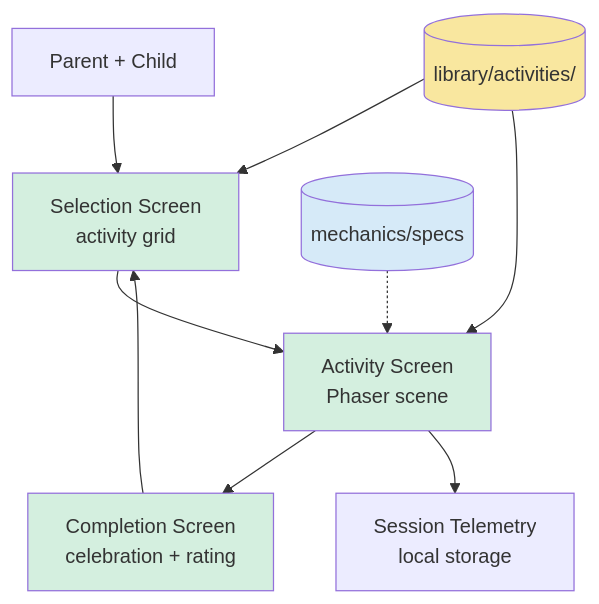
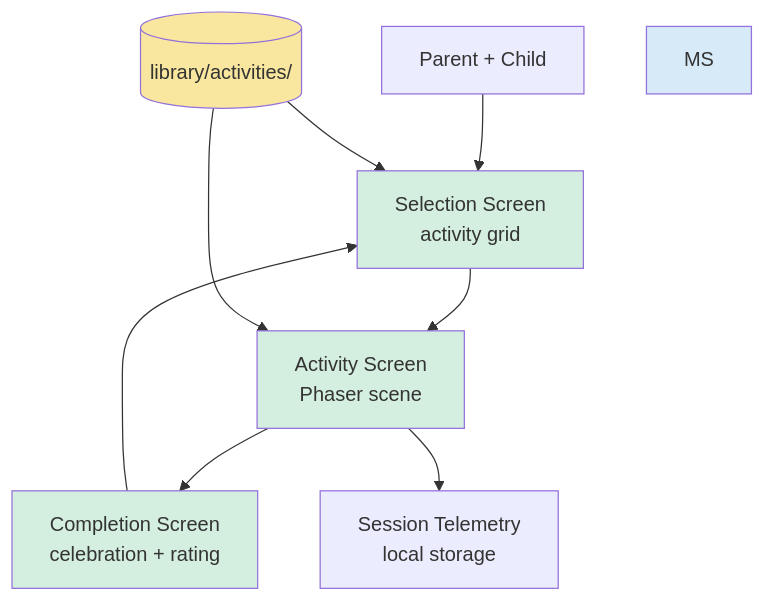
One commit to ajayrajen7/bloom changed the fifth of 5 diagrams in BLOOM_V1_ARCHITECTURE.md. Above: the diagram before and after it, drawn with Mermaid. The commit also changed other lines of this file and 4 other files, not shown here.

````diff
--- a/BLOOM_V1_ARCHITECTURE.md
+++ b/BLOOM_V1_ARCHITECTURE.md
@@ -261,19 +321,18 @@
 ```mermaid
 graph TB
     User[Parent + Child] --> SS[Selection Screen<br/>activity grid]
     SS --> AS[Activity Screen<br/>Phaser scene]
     AS --> CS[Completion Screen<br/>celebration + rating]
     CS --> SS
 
     LIB[(library/activities/)] --> SS
     LIB --> AS
-    MS[(mechanics/specs)] -.-> AS
 
     AS --> TEL[Session Telemetry<br/>local storage]
 
     style SS fill:#d4efdf
     style AS fill:#d4efdf
     style CS fill:#d4efdf
     style LIB fill:#f9e79f
     style MS fill:#d6eaf8
 ```
````
